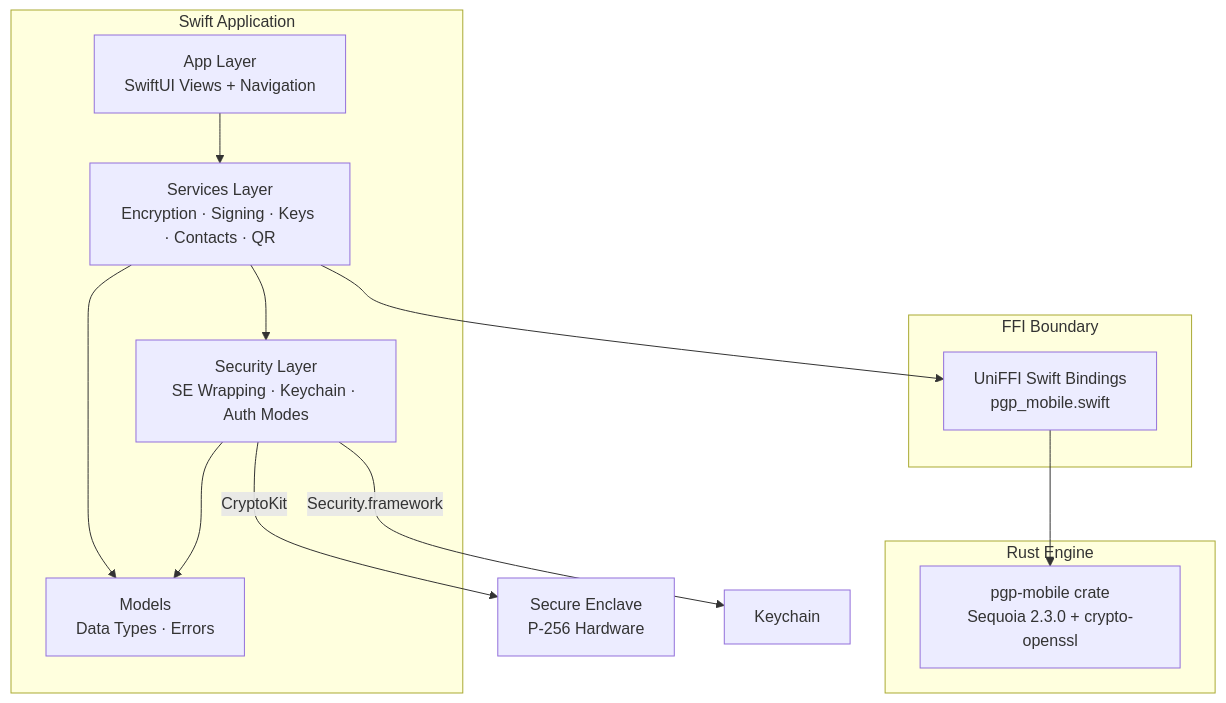
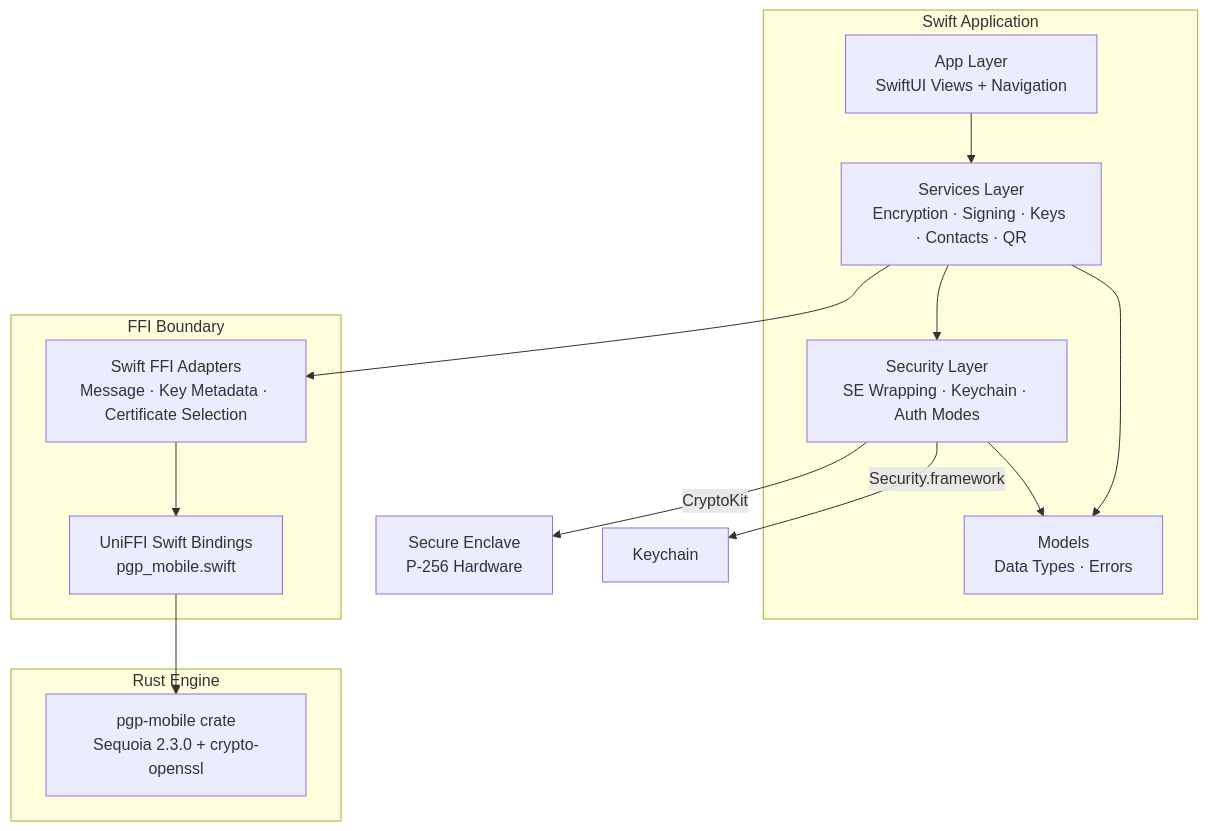
Before and after one commit to cypherair/cypherair: the first of 7 diagrams in docs/ARCHITECTURE.md, drawn with Mermaid. The commit also changed other lines of this file and 3 other files, not shown here.

Commit message:
test: update message adapter architecture audit

````diff
--- a/docs/ARCHITECTURE.md
+++ b/docs/ARCHITECTURE.md
@@ -10,26 +12,28 @@
 ```mermaid
 graph TB
     subgraph "Swift Application"
         UI["App Layer<br/>SwiftUI Views + Navigation"]
         SVC["Services Layer<br/>Encryption · Signing · Keys · Contacts · QR"]
         SEC["Security Layer<br/>SE Wrapping · Keychain · Auth Modes"]
         MOD["Models<br/>Data Types · Errors"]
     end
 
     subgraph "FFI Boundary"
+        ADAPT["Swift FFI Adapters<br/>Message · Key Metadata · Certificate Selection"]
         BIND["UniFFI Swift Bindings<br/>pgp_mobile.swift"]
     end
 
     subgraph "Rust Engine"
         PGP["pgp-mobile crate<br/>Sequoia 2.3.0 + crypto-openssl"]
     end
 
     UI --> SVC
     SVC --> SEC
-    SVC --> BIND
+    SVC --> ADAPT
+    ADAPT --> BIND
     SEC --> |CryptoKit| SE["Secure Enclave<br/>P-256 Hardware"]
     SEC --> |Security.framework| KC["Keychain"]
     BIND --> PGP
     SVC --> MOD
     SEC --> MOD
 ```
````
